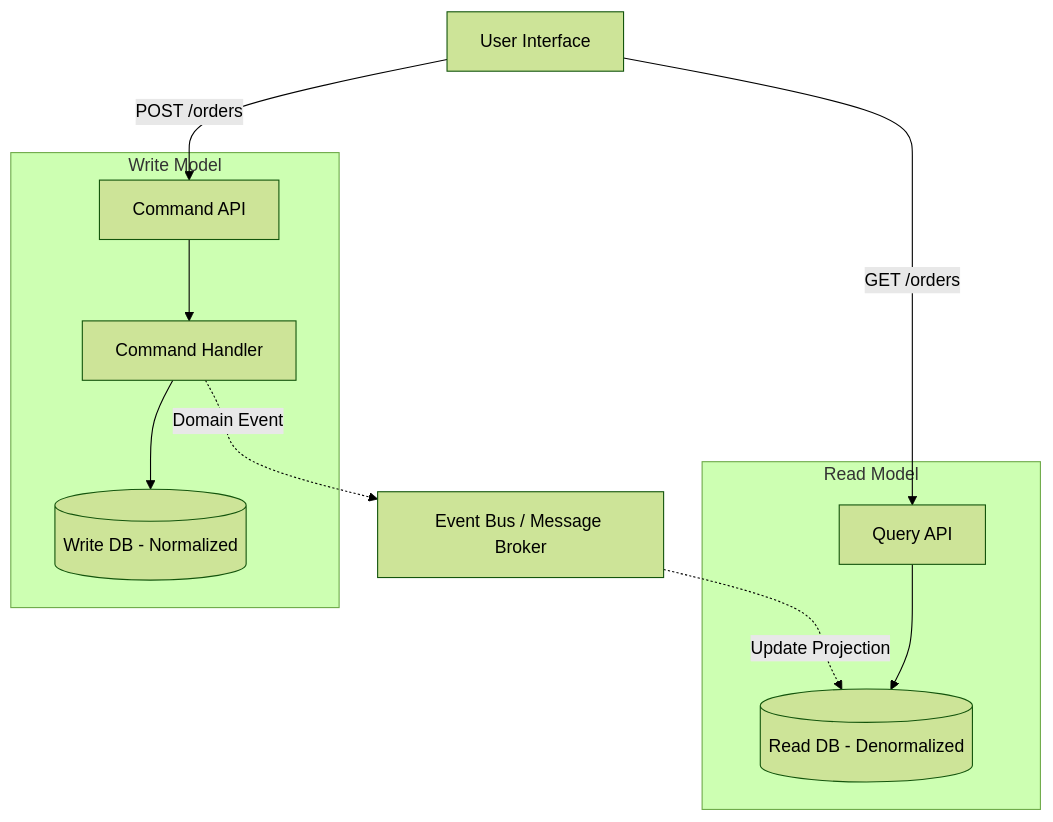
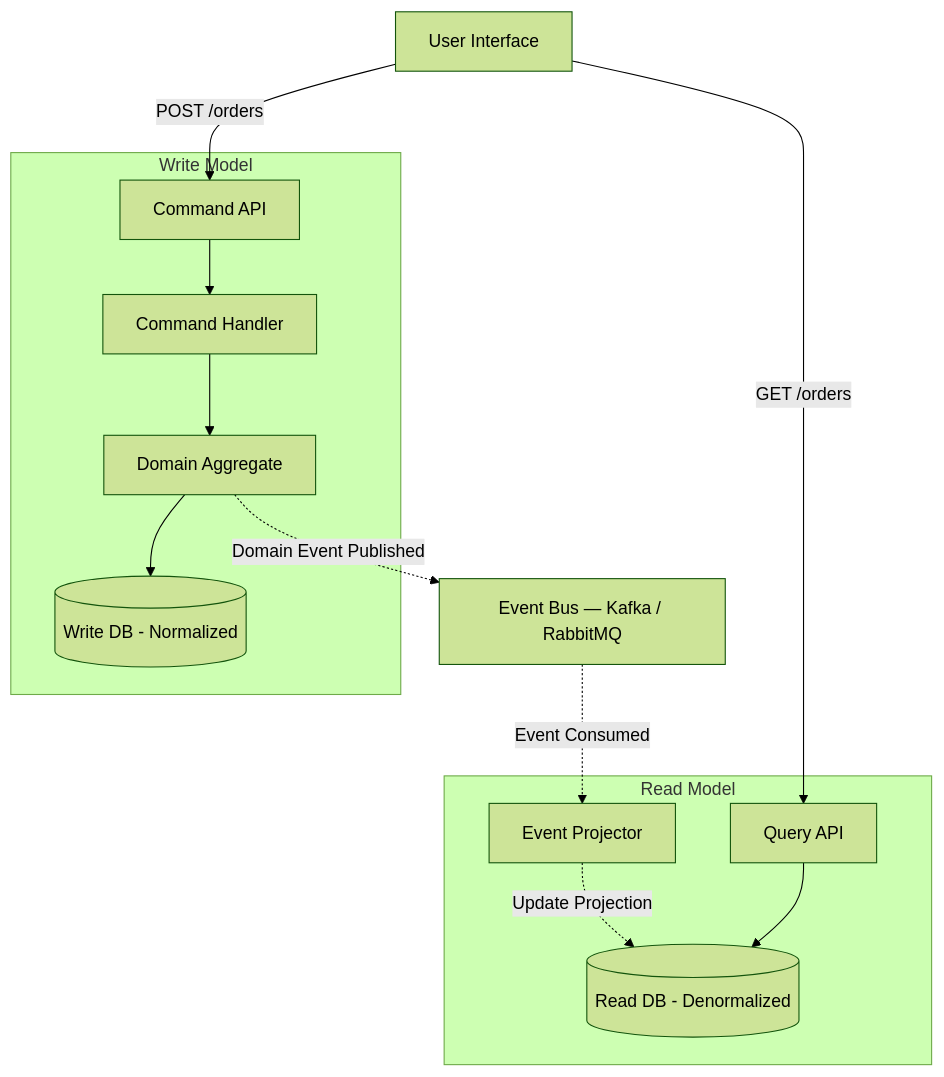
Before and after one commit to minhkhuong2404/docusaurus-knowledge-base-template: the first of 2 diagrams in docs/technical-knowledge/system-design/cqrs.md, drawn with Mermaid (forest theme). The commit also changed other lines of this file and 62 other files, not shown here.

````diff
--- a/docs/technical-knowledge/system-design/cqrs.md
+++ b/docs/technical-knowledge/system-design/cqrs.md
@@ -28,27 +31,29 @@
 ```mermaid
 graph TD
     UI[User Interface]
-    
+
     subgraph Command Side [Write Model]
         Cmd[Command API]
         Handler[Command Handler]
+        Domain[Domain Aggregate]
         WriteDB[(Write DB - Normalized)]
     end
-    
+
     subgraph Query Side [Read Model]
         QueryAPI[Query API]
+        Projector[Event Projector]
         ReadDB[(Read DB - Denormalized)]
     end
-    
-    Sync[Event Bus / Message Broker]
-    
+
+    Sync[Event Bus — Kafka / RabbitMQ]
+
     UI -->|POST /orders| Cmd
     Cmd --> Handler
-    Handler --> WriteDB
-    
-    Handler -.->|Domain Event| Sync
-    Sync -.->|Update Projection| ReadDB
-    
+    Handler --> Domain
+    Domain --> WriteDB
+    Domain -.->|Domain Event Published| Sync
+    Sync -.->|Event Consumed| Projector
+    Projector -.->|Update Projection| ReadDB
     UI -->|GET /orders| QueryAPI
     QueryAPI --> ReadDB
 ```
````
